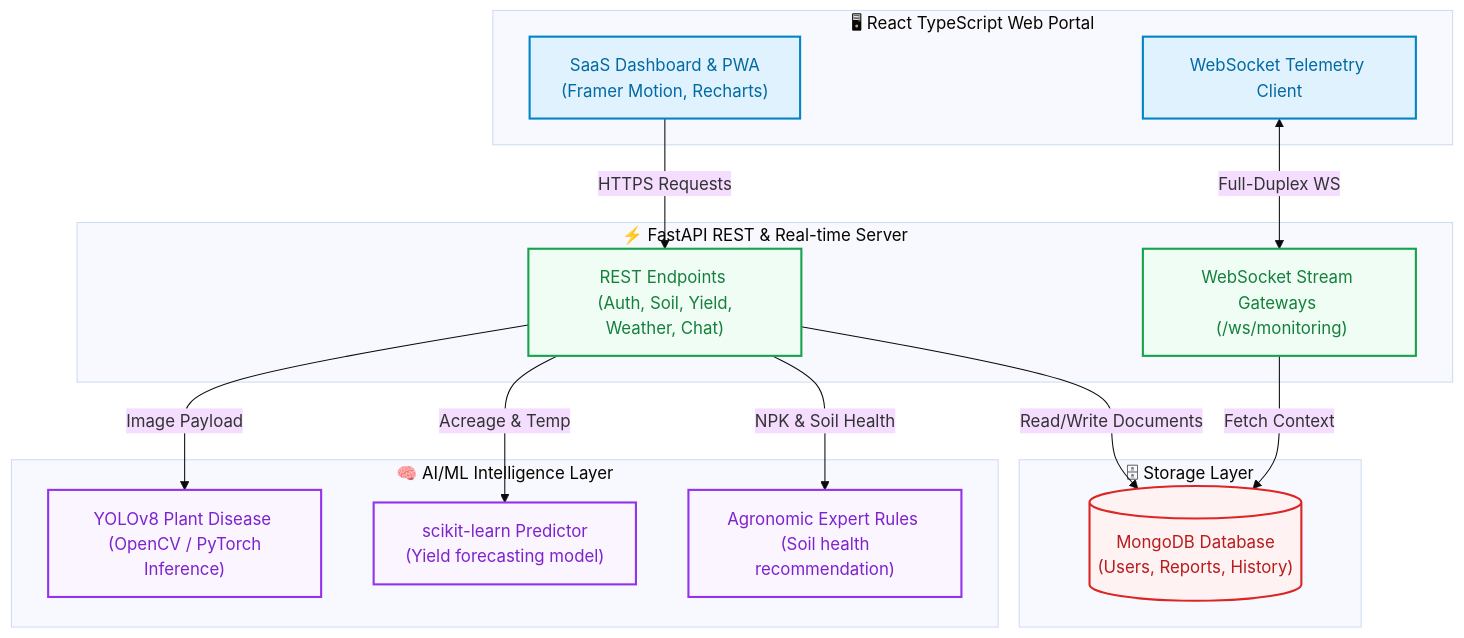
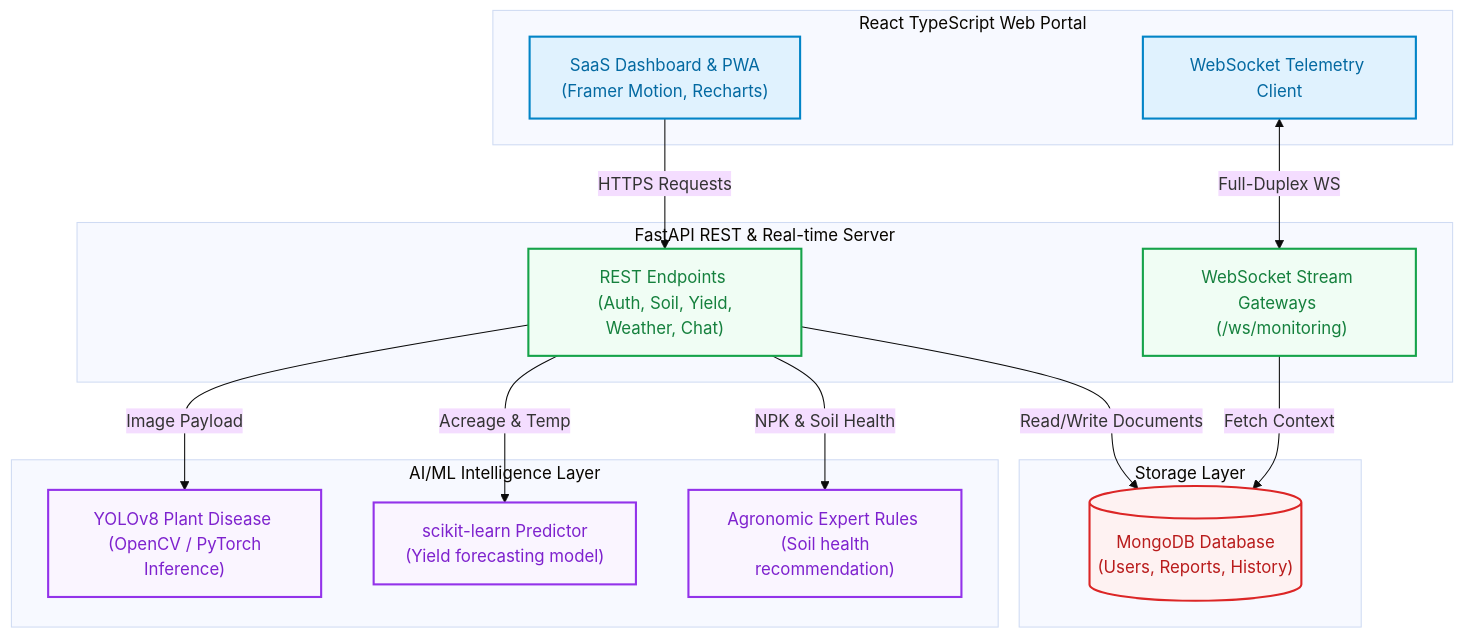
One commit to abakaushik-lgtm/SmartAgricultureIntelligenceSystem changed the diagram in README.md. Above: the diagram before and after it, drawn with Mermaid (base theme). The commit also changed other lines of this file and 17 other files, not shown here.

````diff
--- a/README.md
+++ b/README.md
@@ -484,36 +486,36 @@
 ```mermaid
 graph TD
     %% Styling
     classDef client fill:#e0f2fe,stroke:#0284c7,stroke-width:2px,color:#0369a1;
     classDef backend fill:#f0fdf4,stroke:#16a34a,stroke-width:2px,color:#15803d;
     classDef ai fill:#faf5ff,stroke:#9333ea,stroke-width:2px,color:#7e22ce;
     classDef db fill:#fef2f2,stroke:#dc2626,stroke-width:2px,color:#b91c1c;
 
-    subgraph Client ["🖥 React TypeScript Web Portal"]
+    subgraph Client [" React TypeScript Web Portal"]
         UI["SaaS Dashboard & PWA <br/> (Framer Motion, Recharts)"]:::client
         WS["WebSocket Telemetry Client"]:::client
     end
 
-    subgraph Server ["⚡ FastAPI REST & Real-time Server"]
+    subgraph Server [" FastAPI REST & Real-time Server"]
         API["REST Endpoints <br/> (Auth, Soil, Yield, Weather, Chat)"]:::backend
         Stream["WebSocket Stream Gateways <br/> (/ws/monitoring)"]:::backend
     end
 
-    subgraph AI ["🧠 AI/ML Intelligence Layer"]
+    subgraph AI [" AI/ML Intelligence Layer"]
         YOLO["YOLOv8 Plant Disease <br/> (OpenCV / PyTorch Inference)"]:::ai
         Yield["scikit-learn Predictor <br/> (Yield forecasting model)"]:::ai
         Rules["Agronomic Expert Rules <br/> (Soil health recommendation)"]:::ai
     end
 
-    subgraph Data ["🗄 Storage Layer"]
+    subgraph Data [" Storage Layer"]
         Mongo[("MongoDB Database <br/> (Users, Reports, History)")]:::db
     end
 
     UI -->|HTTPS Requests| API
     WS <-->|Full-Duplex WS| Stream
     API -->|Image Payload| YOLO
     API -->|Acreage & Temp| Yield
     API -->|NPK & Soil Health| Rules
     API -->|Read/Write Documents| Mongo
     Stream -->|Fetch Context| Mongo
 ```
````
